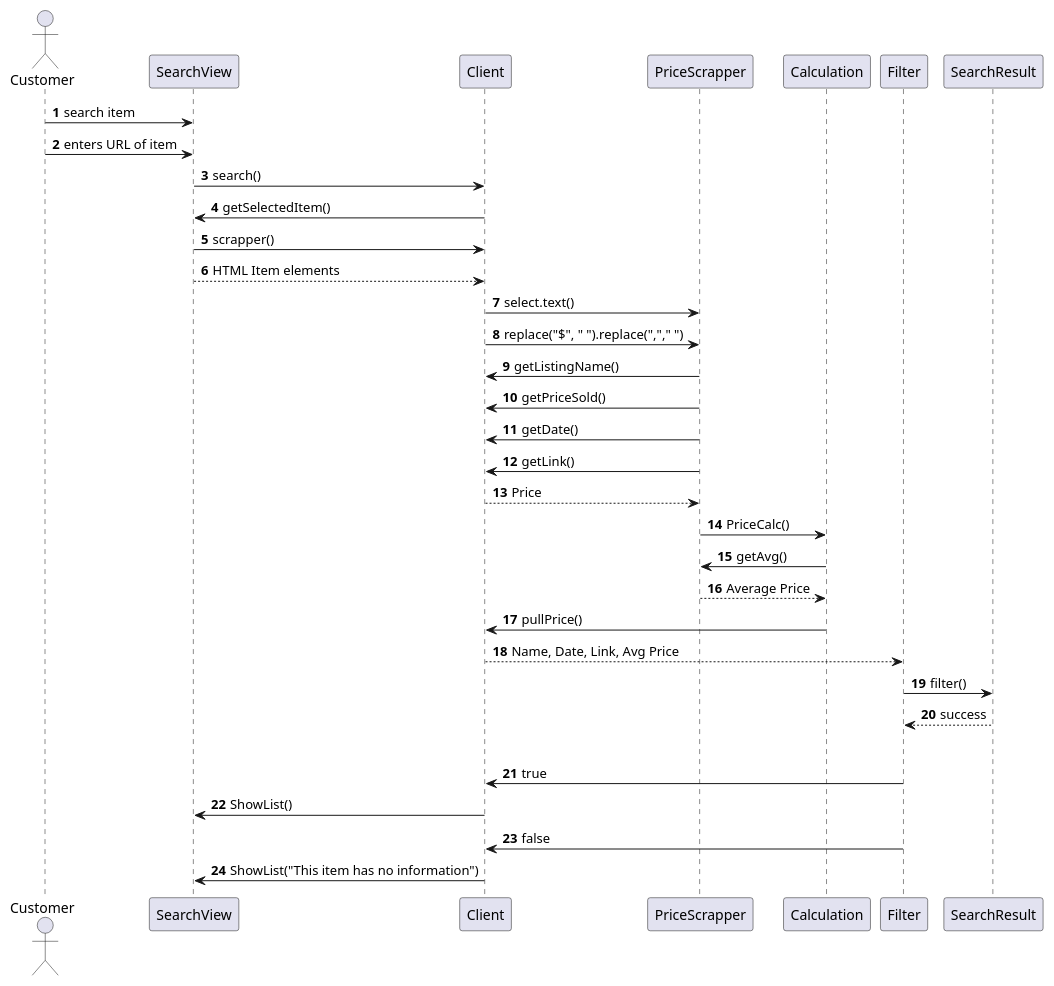
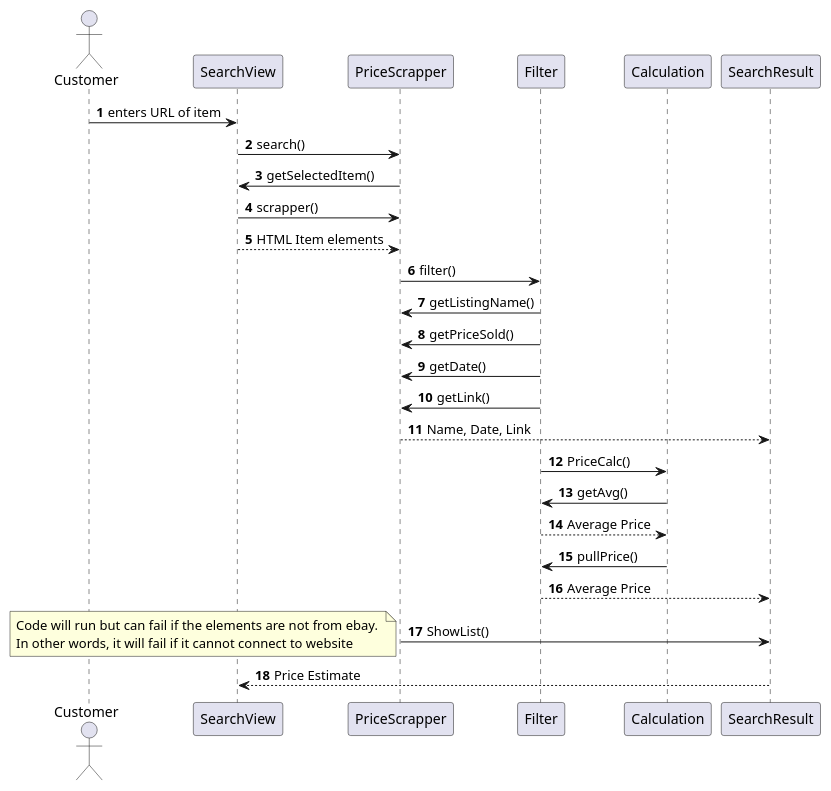
The diagram in Sequence_Diagram.puml (Grod2/Final-Project-v1.0), drawn with PlantUML before and after one commit.

```diff
--- a/Sequence_Diagram.puml
+++ b/Sequence_Diagram.puml
@@ -1,48 +1,37 @@
 @startuml
 autonumber
 
 actor Customer as user
 participant SearchView
-participant Client
 participant PriceScrapper
+participant Filter
 participant Calculation
-participant Filter
 participant SearchResult
 
-user -> SearchView: search item
 user -> SearchView: enters URL of item
-SearchView -> Client: search()
+SearchView -> PriceScrapper: search()
 
-Client -> SearchView: getSelectedItem()
-SearchView -> Client: scrapper()
-SearchView --> Client: HTML Item elements
+PriceScrapper -> SearchView: getSelectedItem()
+SearchView -> PriceScrapper: scrapper()
+SearchView --> PriceScrapper: HTML Item elements
 
-Client -> PriceScrapper: select.text()
-Client -> PriceScrapper: replace("$", " ").replace(","," ")
-PriceScrapper -> Client: getListingName()
-PriceScrapper -> Client: getPriceSold()
-PriceScrapper -> Client: getDate()
-PriceScrapper -> Client: getLink()
-Client --> PriceScrapper: Price 
+PriceScrapper -> Filter: filter()
+Filter -> PriceScrapper: getListingName()
+Filter -> PriceScrapper: getPriceSold()
+Filter -> PriceScrapper: getDate()
+Filter -> PriceScrapper: getLink()
+PriceScrapper --> SearchResult: Name, Date, Link 
 
-PriceScrapper -> Calculation: PriceCalc()
-Calculation -> PriceScrapper: getAvg()
-PriceScrapper --> Calculation: Average Price
-Calculation -> Client: pullPrice()
+Filter -> Calculation: PriceCalc()
+Calculation -> Filter: getAvg()
+Filter --> Calculation: Average Price
+Calculation -> Filter: pullPrice()
 
-
-
-Client --> Filter: Name, Date, Link, Avg Price
-Filter -> SearchResult: filter()
-SearchResult --> Filter: success
-
-alt success == true
-Filter -> Client: true
-Client -> SearchView: ShowList()
-else
-Filter -> Client: false
-Client -> SearchView: ShowList("This item has no information")
+Filter --> SearchResult: Average Price
+PriceScrapper -> SearchResult: ShowList()
+note left: Code will run but can fail if the elements are not from ebay. \nIn other words, it will fail if it cannot connect to website
+SearchResult --> SearchView: Price Estimate
 
 
 
 @enduml
```
